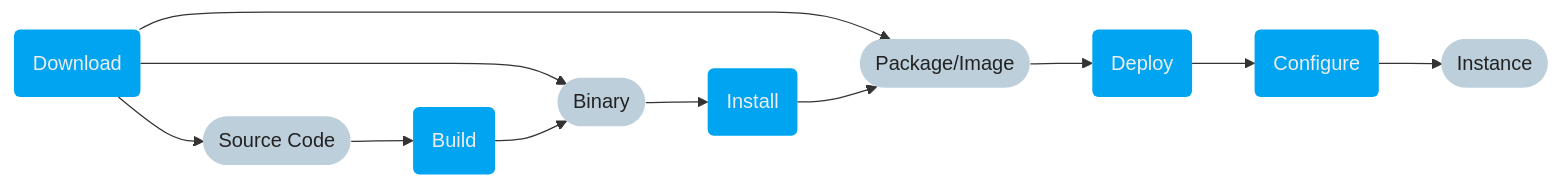
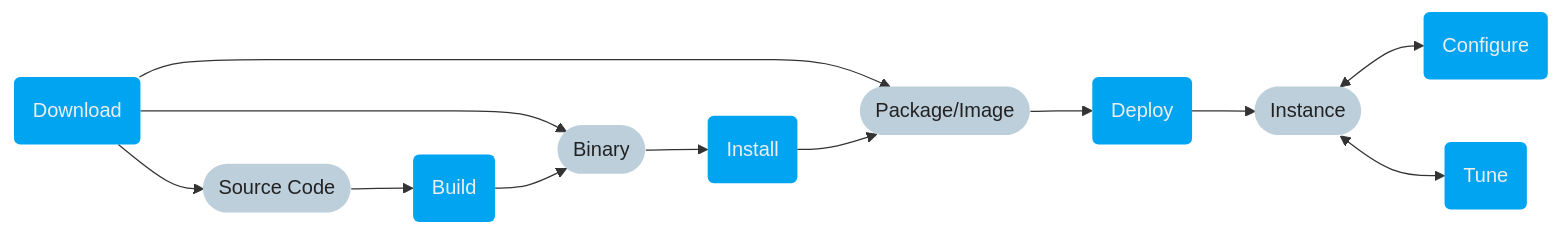
One commit to tenzir/tenzir changed the diagram in docs/docs/setup-vast/README.md. Above: the diagram before and after it, drawn with Mermaid. The commit also changed 1 other file, not shown here.

Commit message:
Copy over tuning docs

````diff
--- a/docs/docs/setup-vast/README.md
+++ b/docs/docs/setup-vast/README.md
@@ -9,33 +9,36 @@
 ```mermaid
 flowchart LR
   classDef action fill:#00a4f1,stroke:none,color:#eee
   classDef artifact fill:#bdcfdb,stroke:none,color:#222
   %% Actions
   download(Download):::action
   build(Build):::action
   install(Install):::action
   deploy(Deploy):::action
   configure(Configure):::action
+  tune(Tune):::action
   %% Artifacts
   source([Source Code]):::artifact
   binary([Binary]):::artifact
   deployable([Package/Image]):::artifact
   instance([Instance]):::artifact
   %% Edges
   download --> source
   download --> binary
   download --> deployable
   source --> build
   build --> binary
   binary --> install
   install --> deployable
   deployable --> deploy
-  deploy --> configure
-  configure --> instance
+  deploy --> instance
+  instance <--> configure
+  instance <--> tune
   %% Links
   click download "/vast/docs/setup-vast/download/" "Download VAST"
   click build "/vast/docs/setup-vast/build/" "Build VAST"
   click install "/vast/docs/setup-vast/install/" "Install VAST"
   click deploy "/vast/docs/setup-vast/deploy/" "Deploy VAST"
   click configure "/vast/docs/setup-vast/configure/" "Configure VAST"
+  click tune "/vast/docs/setup-vast/tune/" "Tune VAST"
 ```
````
